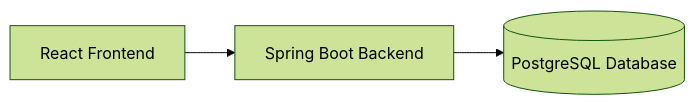
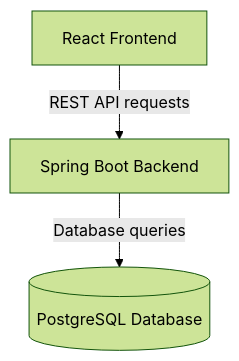
The diagram in README.md (Kaltsoon/spring-boot-vite-example), drawn with Mermaid (forest theme) before and after one commit.

````diff
--- a/README.md
+++ b/README.md
@@ -12,8 +12,8 @@
 ```mermaid
-flowchart LR
+flowchart TB
     backend[Spring Boot Backend]
-    pg[(PostgreSQL Database)]
+    database[(PostgreSQL Database)]
     frontend[React Frontend]
-    backend --> pg
-    frontend --> backend
+    backend-- Database queries -->database
+    frontend-- REST API requests --> backend
 ```
````
